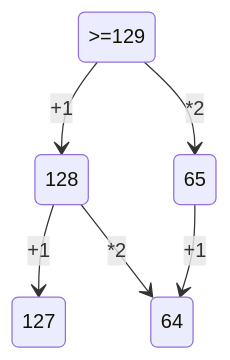
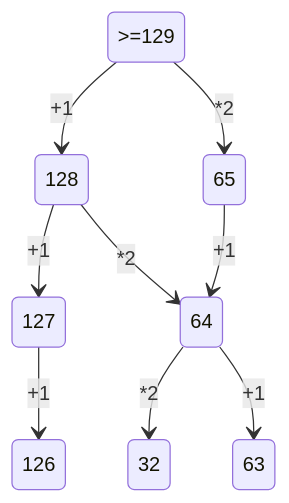
One commit to afursovaa/itworks changed the second of 2 diagrams in README.md. Above: the diagram before and after it, drawn with Mermaid.

````diff
--- a/README.md
+++ b/README.md
@@ -92,9 +92,12 @@
 ```mermaid
 stateDiagram-v2
 
     >=129 --> 128:+1
     >=129 --> 65:*2
     65 --> 64:+1
     128 --> 127:+1
     128 --> 64:*2
+    127--> 126:+1
+    64 --> 32:*2
+    64 --> 63:+1
 ```
````
